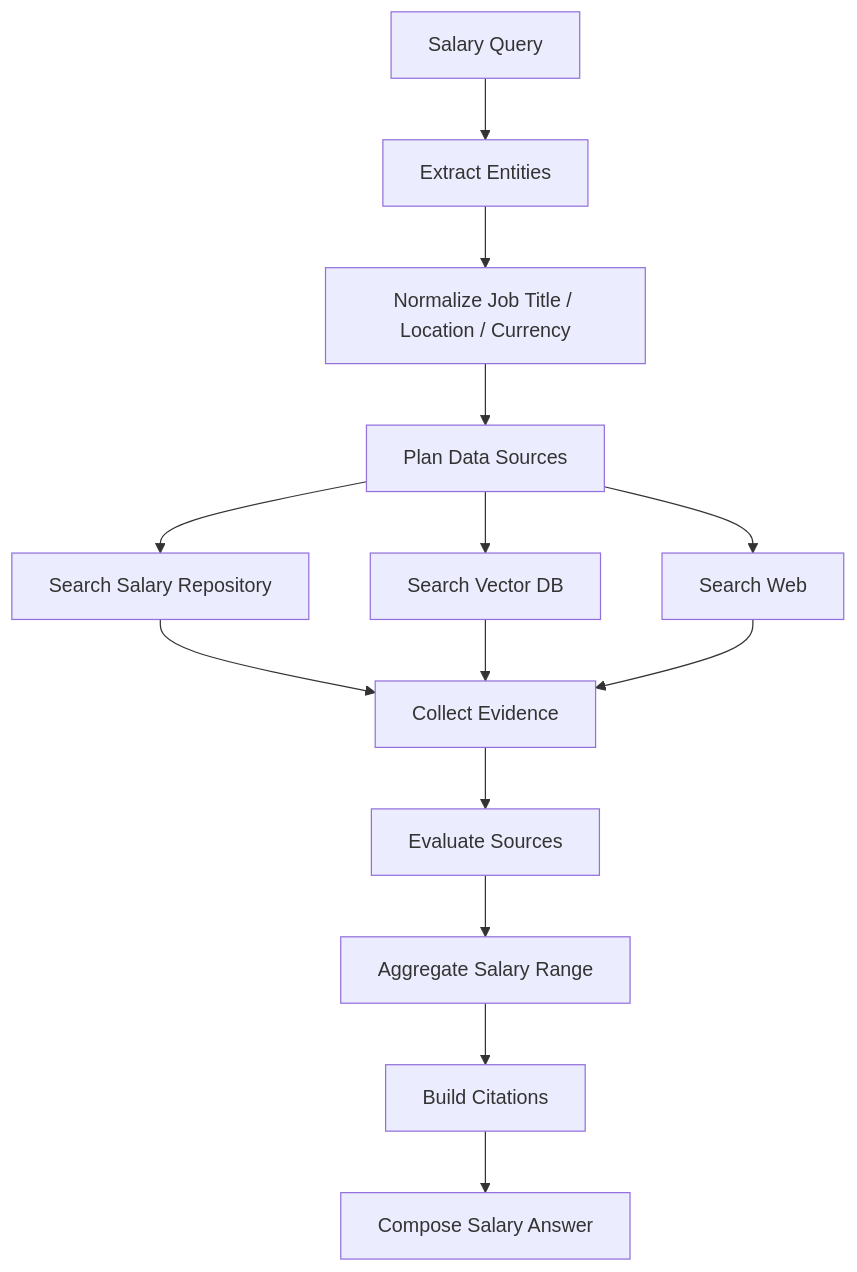
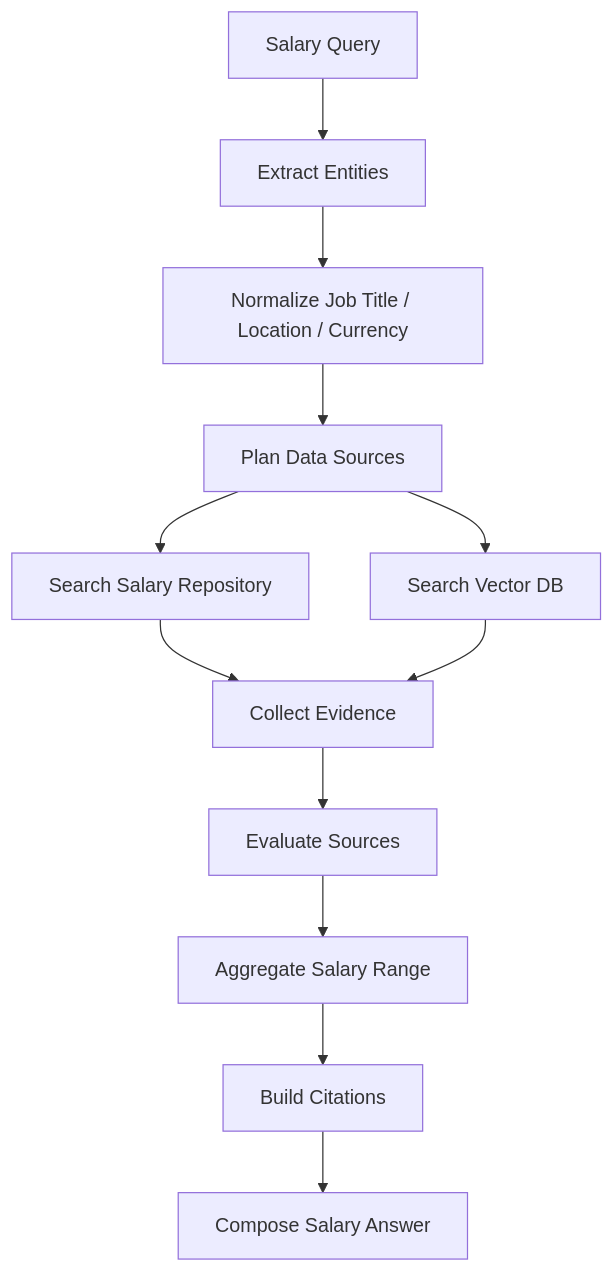
The third of 6 diagrams in backend/market_scout/README.md (HungHoDuy/Z-MentorAI), drawn with Mermaid before and after one commit. The commit also changed other lines of this file and 70 other files, not shown here.

````diff
--- a/backend/market_scout/README.md
+++ b/backend/market_scout/README.md
@@ -111,16 +108,16 @@
 ```mermaid
 flowchart TD
     A["Salary Query"] --> B["Extract Entities"]
     B --> C["Normalize Job Title / Location / Currency"]
     C --> D["Plan Data Sources"]
     D --> E["Search Salary Repository"]
     D --> F["Search Vector DB"]
-    D --> G["Search Web"]
+  
     E --> H["Collect Evidence"]
     F --> H
-    G --> H
+   
     H --> I["Evaluate Sources"]
     I --> J["Aggregate Salary Range"]
     J --> K["Build Citations"]
     K --> L["Compose Salary Answer"]
 ```
````
